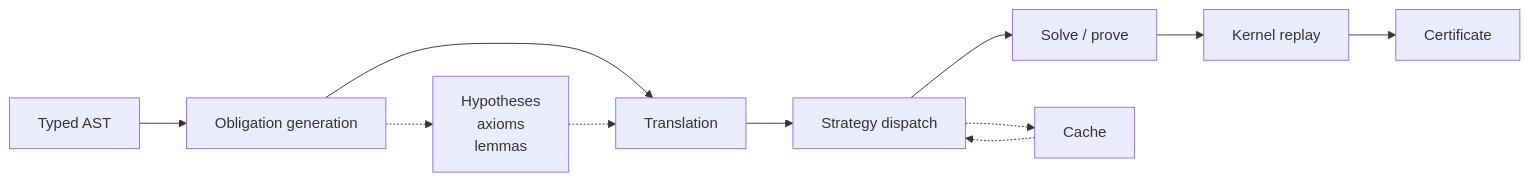
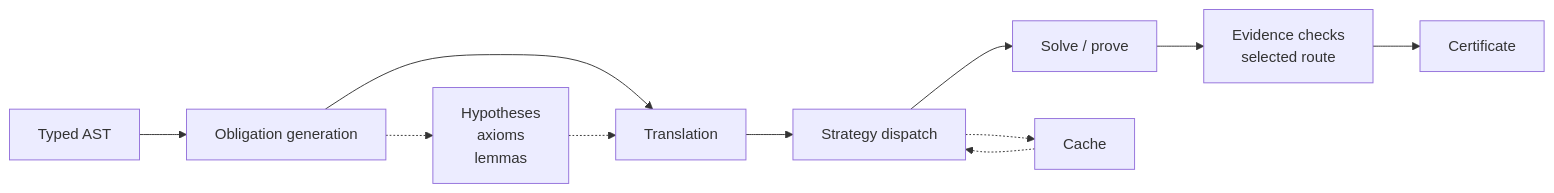
One commit to verum-lang/website changed the first of 2 diagrams in docs/verification/index.md. Above: the diagram before and after it, drawn with Mermaid. The commit also changed other lines of this file and 10 other files, not shown here.

````diff
--- a/docs/verification/index.md
+++ b/docs/verification/index.md
@@ -122,13 +117,13 @@
 ```mermaid
 flowchart LR
     A[Typed AST] --> B[Obligation generation]
     B --> C[Translation]
     C --> D[Strategy dispatch]
     D --> E[Solve / prove]
-    E --> F[Kernel replay]
+    E --> F[Evidence checks<br/>selected route]
     F --> G[Certificate]
     B -.-> H[Hypotheses<br/>axioms<br/>lemmas]
     H -.-> C
     D -.-> I[Cache]
     I -.-> D
 ```
````
